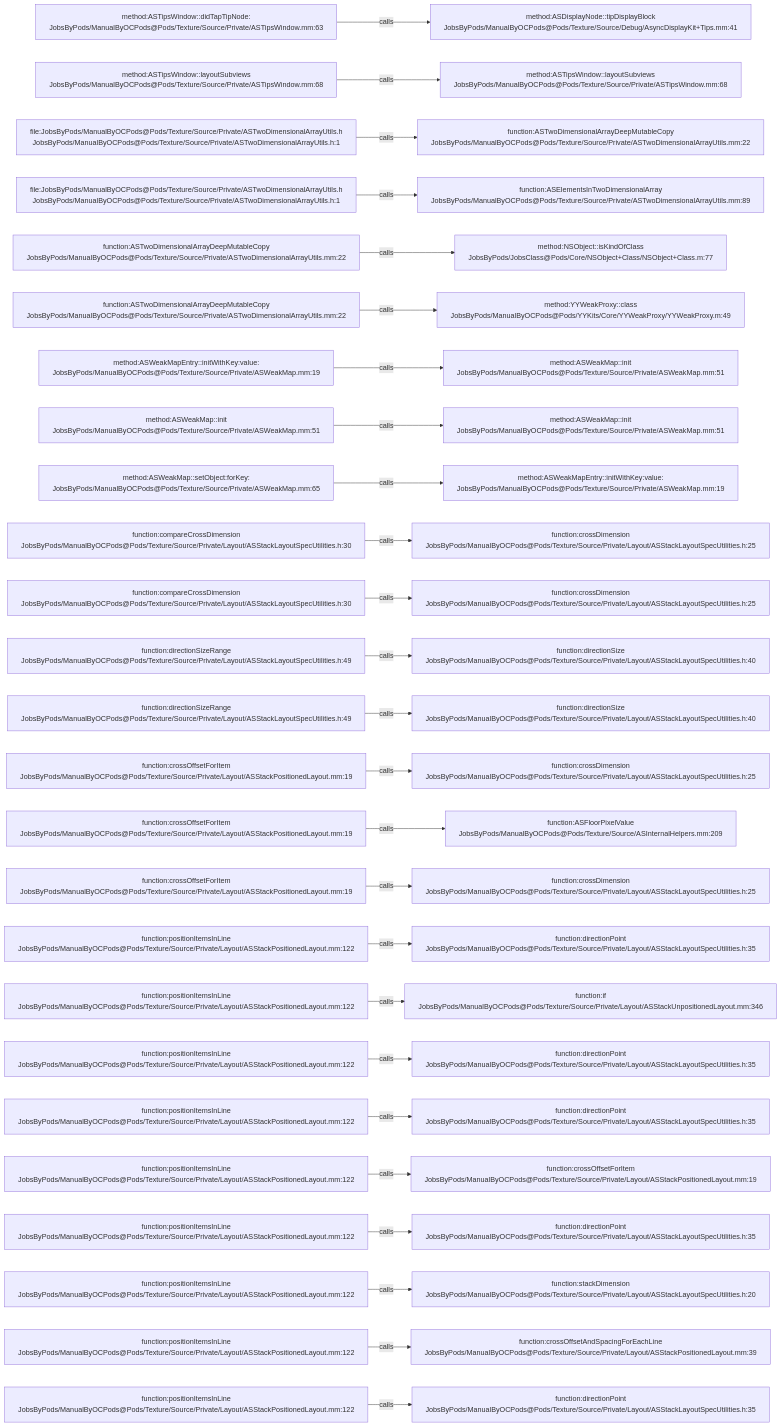
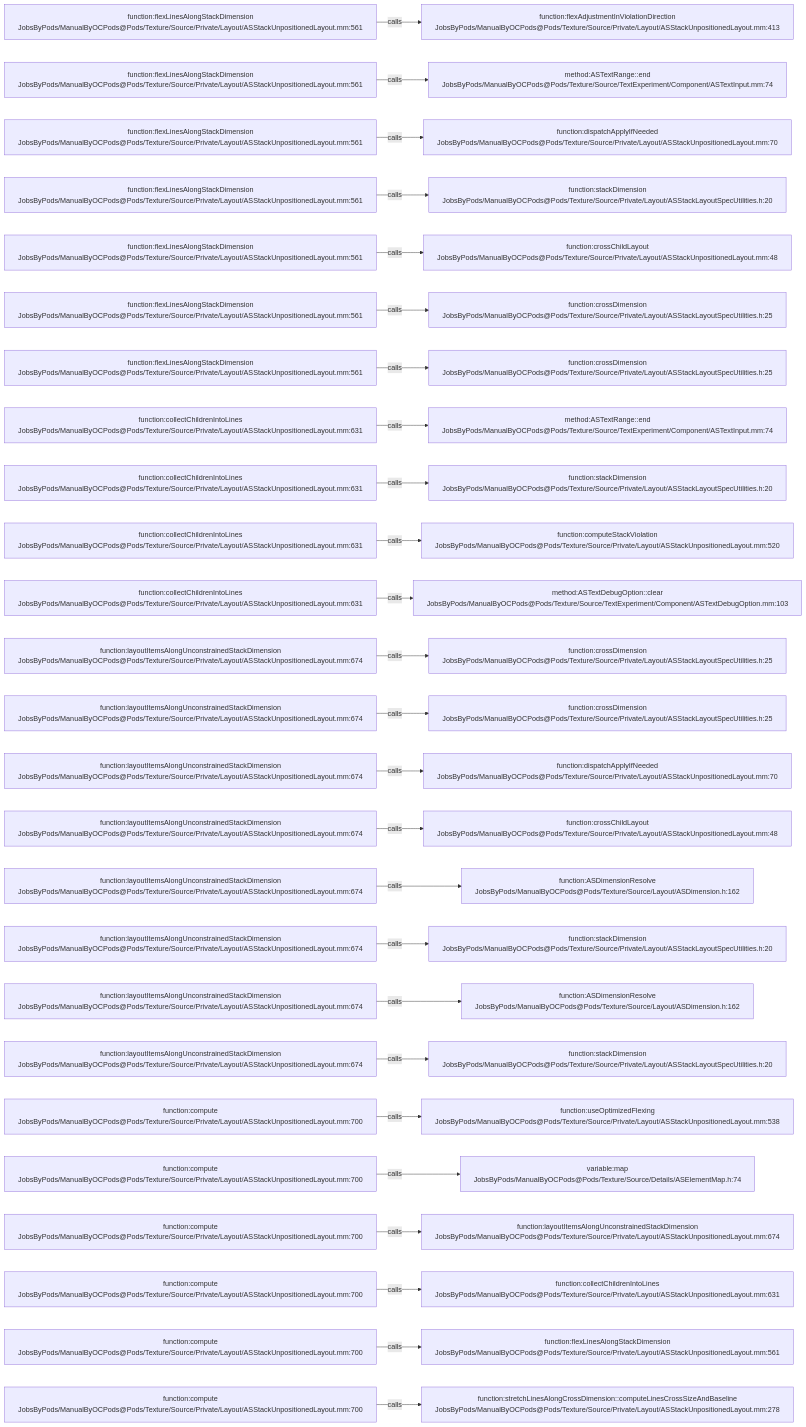
Before and after one commit to JobsKits/JobsOCBaseConfigDemo: the diagram in .codegraph/codegraph.md/graphs/calls-194.md, drawn with Mermaid. The commit also changed 1353 other files, not shown here.

````diff
--- a/.codegraph/codegraph.md/graphs/calls-194.md
+++ b/.codegraph/codegraph.md/graphs/calls-194.md
@@ -13,78 +13,78 @@
 ```mermaid
 flowchart LR
-  S1["method:ASTipsWindow::didTapTipNode:<br/>JobsByPods/ManualByOCPods@Pods/Texture/Source/Private/ASTipsWindow.mm:63"]
-  T1["method:ASDisplayNode::tipDisplayBlock<br/>JobsByPods/ManualByOCPods@Pods/Texture/Source/Debug/AsyncDisplayKit+Tips.mm:41"]
+  S1["function:flexLinesAlongStackDimension<br/>JobsByPods/ManualByOCPods@Pods/Texture/Source/Private/Layout/ASStackUnpositionedLayout.mm:561"]
+  T1["function:flexAdjustmentInViolationDirection<br/>JobsByPods/ManualByOCPods@Pods/Texture/Source/Private/Layout/ASStackUnpositionedLayout.mm:413"]
   S1 -->|calls| T1
-  S2["method:ASTipsWindow::layoutSubviews<br/>JobsByPods/ManualByOCPods@Pods/Texture/Source/Private/ASTipsWindow.mm:68"]
-  T2["method:ASTipsWindow::layoutSubviews<br/>JobsByPods/ManualByOCPods@Pods/Texture/Source/Private/ASTipsWindow.mm:68"]
+  S2["function:flexLinesAlongStackDimension<br/>JobsByPods/ManualByOCPods@Pods/Texture/Source/Private/Layout/ASStackUnpositionedLayout.mm:561"]
+  T2["method:ASTextRange::end<br/>JobsByPods/ManualByOCPods@Pods/Texture/Source/TextExperiment/Component/ASTextInput.mm:74"]
   S2 -->|calls| T2
-  S3["file:JobsByPods/ManualByOCPods@Pods/Texture/Source/Private/ASTwoDimensionalArrayUtils.h<br/>JobsByPods/ManualByOCPods@Pods/Texture/Source/Private/ASTwoDimensionalArrayUtils.h:1"]
-  T3["function:ASTwoDimensionalArrayDeepMutableCopy<br/>JobsByPods/ManualByOCPods@Pods/Texture/Source/Private/ASTwoDimensionalArrayUtils.mm:22"]
+  S3["function:flexLinesAlongStackDimension<br/>JobsByPods/ManualByOCPods@Pods/Texture/Source/Private/Layout/ASStackUnpositionedLayout.mm:561"]
+  T3["function:dispatchApplyIfNeeded<br/>JobsByPods/ManualByOCPods@Pods/Texture/Source/Private/Layout/ASStackUnpositionedLayout.mm:70"]
   S3 -->|calls| T3
-  S4["file:JobsByPods/ManualByOCPods@Pods/Texture/Source/Private/ASTwoDimensionalArrayUtils.h<br/>JobsByPods/ManualByOCPods@Pods/Texture/Source/Private/ASTwoDimensionalArrayUtils.h:1"]
-  T4["function:ASElementsInTwoDimensionalArray<br/>JobsByPods/ManualByOCPods@Pods/Texture/Source/Private/ASTwoDimensionalArrayUtils.mm:89"]
+  S4["function:flexLinesAlongStackDimension<br/>JobsByPods/ManualByOCPods@Pods/Texture/Source/Private/Layout/ASStackUnpositionedLayout.mm:561"]
+  T4["function:stackDimension<br/>JobsByPods/ManualByOCPods@Pods/Texture/Source/Private/Layout/ASStackLayoutSpecUtilities.h:20"]
   S4 -->|calls| T4
-  S5["function:ASTwoDimensionalArrayDeepMutableCopy<br/>JobsByPods/ManualByOCPods@Pods/Texture/Source/Private/ASTwoDimensionalArrayUtils.mm:22"]
-  T5["method:NSObject::isKindOfClass<br/>JobsByPods/JobsClass@Pods/Core/NSObject+Class/NSObject+Class.m:77"]
+  S5["function:flexLinesAlongStackDimension<br/>JobsByPods/ManualByOCPods@Pods/Texture/Source/Private/Layout/ASStackUnpositionedLayout.mm:561"]
+  T5["function:crossChildLayout<br/>JobsByPods/ManualByOCPods@Pods/Texture/Source/Private/Layout/ASStackUnpositionedLayout.mm:48"]
   S5 -->|calls| T5
-  S6["function:ASTwoDimensionalArrayDeepMutableCopy<br/>JobsByPods/ManualByOCPods@Pods/Texture/Source/Private/ASTwoDimensionalArrayUtils.mm:22"]
-  T6["method:YYWeakProxy::class<br/>JobsByPods/ManualByOCPods@Pods/YYKits/Core/YYWeakProxy/YYWeakProxy.m:49"]
+  S6["function:flexLinesAlongStackDimension<br/>JobsByPods/ManualByOCPods@Pods/Texture/Source/Private/Layout/ASStackUnpositionedLayout.mm:561"]
+  T6["function:crossDimension<br/>JobsByPods/ManualByOCPods@Pods/Texture/Source/Private/Layout/ASStackLayoutSpecUtilities.h:25"]
   S6 -->|calls| T6
-  S7["method:ASWeakMapEntry::initWithKey:value:<br/>JobsByPods/ManualByOCPods@Pods/Texture/Source/Private/ASWeakMap.mm:19"]
-  T7["method:ASWeakMap::init<br/>JobsByPods/ManualByOCPods@Pods/Texture/Source/Private/ASWeakMap.mm:51"]
+  S7["function:flexLinesAlongStackDimension<br/>JobsByPods/ManualByOCPods@Pods/Texture/Source/Private/Layout/ASStackUnpositionedLayout.mm:561"]
+  T7["function:crossDimension<br/>JobsByPods/ManualByOCPods@Pods/Texture/Source/Private/Layout/ASStackLayoutSpecUtilities.h:25"]
   S7 -->|calls| T7
-  S8["method:ASWeakMap::init<br/>JobsByPods/ManualByOCPods@Pods/Texture/Source/Private/ASWeakMap.mm:51"]
-  T8["method:ASWeakMap::init<br/>JobsByPods/ManualByOCPods@Pods/Texture/Source/Private/ASWeakMap.mm:51"]
+  S8["function:collectChildrenIntoLines<br/>JobsByPods/ManualByOCPods@Pods/Texture/Source/Private/Layout/ASStackUnpositionedLayout.mm:631"]
+  T8["method:ASTextRange::end<br/>JobsByPods/ManualByOCPods@Pods/Texture/Source/TextExperiment/Component/ASTextInput.mm:74"]
   S8 -->|calls| T8
-  S9["method:ASWeakMap::setObject:forKey:<br/>JobsByPods/ManualByOCPods@Pods/Texture/Source/Private/ASWeakMap.mm:65"]
-  T9["method:ASWeakMapEntry::initWithKey:value:<br/>JobsByPods/ManualByOCPods@Pods/Texture/Source/Private/ASWeakMap.mm:19"]
+  S9["function:collectChildrenIntoLines<br/>JobsByPods/ManualByOCPods@Pods/Texture/Source/Private/Layout/ASStackUnpositionedLayout.mm:631"]
+  T9["function:stackDimension<br/>JobsByPods/ManualByOCPods@Pods/Texture/Source/Private/Layout/ASStackLayoutSpecUtilities.h:20"]
   S9 -->|calls| T9
-  S10["function:compareCrossDimension<br/>JobsByPods/ManualByOCPods@Pods/Texture/Source/Private/Layout/ASStackLayoutSpecUtilities.h:30"]
-  T10["function:crossDimension<br/>JobsByPods/ManualByOCPods@Pods/Texture/Source/Private/Layout/ASStackLayoutSpecUtilities.h:25"]
+  S10["function:collectChildrenIntoLines<br/>JobsByPods/ManualByOCPods@Pods/Texture/Source/Private/Layout/ASStackUnpositionedLayout.mm:631"]
+  T10["function:computeStackViolation<br/>JobsByPods/ManualByOCPods@Pods/Texture/Source/Private/Layout/ASStackUnpositionedLayout.mm:520"]
   S10 -->|calls| T10
-  S11["function:compareCrossDimension<br/>JobsByPods/ManualByOCPods@Pods/Texture/Source/Private/Layout/ASStackLayoutSpecUtilities.h:30"]
-  T11["function:crossDimension<br/>JobsByPods/ManualByOCPods@Pods/Texture/Source/Private/Layout/ASStackLayoutSpecUtilities.h:25"]
+  S11["function:collectChildrenIntoLines<br/>JobsByPods/ManualByOCPods@Pods/Texture/Source/Private/Layout/ASStackUnpositionedLayout.mm:631"]
+  T11["method:ASTextDebugOption::clear<br/>JobsByPods/ManualByOCPods@Pods/Texture/Source/TextExperiment/Component/ASTextDebugOption.mm:103"]
   S11 -->|calls| T11
-  S12["function:directionSizeRange<br/>JobsByPods/ManualByOCPods@Pods/Texture/Source/Private/Layout/ASStackLayoutSpecUtilities.h:49"]
-  T12["function:directionSize<br/>JobsByPods/ManualByOCPods@Pods/Texture/Source/Private/Layout/ASStackLayoutSpecUtilities.h:40"]
+  S12["function:layoutItemsAlongUnconstrainedStackDimension<br/>JobsByPods/ManualByOCPods@Pods/Texture/Source/Private/Layout/ASStackUnpositionedLayout.mm:674"]
+  T12["function:crossDimension<br/>JobsByPods/ManualByOCPods@Pods/Texture/Source/Private/Layout/ASStackLayoutSpecUtilities.h:25"]
   S12 -->|calls| T12
-  S13["function:directionSizeRange<br/>JobsByPods/ManualByOCPods@Pods/Texture/Source/Private/Layout/ASStackLayoutSpecUtilities.h:49"]
-  T13["function:directionSize<br/>JobsByPods/ManualByOCPods@Pods/Texture/Source/Private/Layout/ASStackLayoutSpecUtilities.h:40"]
+  S13["function:layoutItemsAlongUnconstrainedStackDimension<br/>JobsByPods/ManualByOCPods@Pods/Texture/Source/Private/Layout/ASStackUnpositionedLayout.mm:674"]
+  T13["function:crossDimension<br/>JobsByPods/ManualByOCPods@Pods/Texture/Source/Private/Layout/ASStackLayoutSpecUtilities.h:25"]
   S13 -->|calls| T13
-  S14["function:crossOffsetForItem<br/>JobsByPods/ManualByOCPods@Pods/Texture/Source/Private/Layout/ASStackPositionedLayout.mm:19"]
-  T14["function:crossDimension<br/>JobsByPods/ManualByOCPods@Pods/Texture/Source/Private/Layout/ASStackLayoutSpecUtilities.h:25"]
+  S14["function:layoutItemsAlongUnconstrainedStackDimension<br/>JobsByPods/ManualByOCPods@Pods/Texture/Source/Private/Layout/ASStackUnpositionedLayout.mm:674"]
+  T14["function:dispatchApplyIfNeeded<br/>JobsByPods/ManualByOCPods@Pods/Texture/Source/Private/Layout/ASStackUnpositionedLayout.mm:70"]
   S14 -->|calls| T14
-  S15["function:crossOffsetForItem<br/>JobsByPods/ManualByOCPods@Pods/Texture/Source/Private/Layout/ASStackPositionedLayout.mm:19"]
-  T15["function:ASFloorPixelValue<br/>JobsByPods/ManualByOCPods@Pods/Texture/Source/ASInternalHelpers.mm:209"]
+  S15["function:layoutItemsAlongUnconstrainedStackDimension<br/>JobsByPods/ManualByOCPods@Pods/Texture/Source/Private/Layout/ASStackUnpositionedLayout.mm:674"]
+  T15["function:crossChildLayout<br/>JobsByPods/ManualByOCPods@Pods/Texture/Source/Private/Layout/ASStackUnpositionedLayout.mm:48"]
   S15 -->|calls| T15
-  S16["function:crossOffsetForItem<br/>JobsByPods/ManualByOCPods@Pods/Texture/Source/Private/Layout/ASStackPositionedLayout.mm:19"]
-  T16["function:crossDimension<br/>JobsByPods/ManualByOCPods@Pods/Texture/Source/Private/Layout/ASStackLayoutSpecUtilities.h:25"]
+  S16["function:layoutItemsAlongUnconstrainedStackDimension<br/>JobsByPods/ManualByOCPods@Pods/Texture/Source/Private/Layout/ASStackUnpositionedLayout.mm:674"]
+  T16["function:ASDimensionResolve<br/>JobsByPods/ManualByOCPods@Pods/Texture/Source/Layout/ASDimension.h:162"]
   S16 -->|calls| T16
-  S17["function:positionItemsInLine<br/>JobsByPods/ManualByOCPods@Pods/Texture/Source/Private/Layout/ASStackPositionedLayout.mm:122"]
-  T17["function:directionPoint<br/>JobsByPods/ManualByOCPods@Pods/Texture/Source/Private/Layout/ASStackLayoutSpecUtilities.h:35"]
+  S17["function:layoutItemsAlongUnconstrainedStackDimension<br/>JobsByPods/ManualByOCPods@Pods/Texture/Source/Private/Layout/ASStackUnpositionedLayout.mm:674"]
+  T17["function:stackDimension<br/>JobsByPods/ManualByOCPods@Pods/Texture/Source/Private/Layout/ASStackLayoutSpecUtilities.h:20"]
   S17 -->|calls| T17
-  S18["function:positionItemsInLine<br/>JobsByPods/ManualByOCPods@Pods/Texture/Source/Private/Layout/ASStackPositionedLayout.mm:122"]
-  T18["function:if<br/>JobsByPods/ManualByOCPods@Pods/Texture/Source/Private/Layout/ASStackUnpositionedLayout.mm:346"]
+  S18["function:layoutItemsAlongUnconstrainedStackDimension<br/>JobsByPods/ManualByOCPods@Pods/Texture/Source/Private/Layout/ASStackUnpositionedLayout.mm:674"]
+  T18["function:ASDimensionResolve<br/>JobsByPods/ManualByOCPods@Pods/Texture/Source/Layout/ASDimension.h:162"]
   S18 -->|calls| T18
-  S19["function:positionItemsInLine<br/>JobsByPods/ManualByOCPods@Pods/Texture/Source/Private/Layout/ASStackPositionedLayout.mm:122"]
-  T19["function:directionPoint<br/>JobsByPods/ManualByOCPods@Pods/Texture/Source/Private/Layout/ASStackLayoutSpecUtilities.h:35"]
+  S19["function:layoutItemsAlongUnconstrainedStackDimension<br/>JobsByPods/ManualByOCPods@Pods/Texture/Source/Private/Layout/ASStackUnpositionedLayout.mm:674"]
+  T19["function:stackDimension<br/>JobsByPods/ManualByOCPods@Pods/Texture/Source/Private/Layout/ASStackLayoutSpecUtilities.h:20"]
   S19 -->|calls| T19
-  S20["function:positionItemsInLine<br/>JobsByPods/ManualByOCPods@Pods/Texture/Source/Private/Layout/ASStackPositionedLayout.mm:122"]
-  T20["function:directionPoint<br/>JobsByPods/ManualByOCPods@Pods/Texture/Source/Private/Layout/ASStackLayoutSpecUtilities.h:35"]
+  S20["function:compute<br/>JobsByPods/ManualByOCPods@Pods/Texture/Source/Private/Layout/ASStackUnpositionedLayout.mm:700"]
+  T20["function:useOptimizedFlexing<br/>JobsByPods/ManualByOCPods@Pods/Texture/Source/Private/Layout/ASStackUnpositionedLayout.mm:538"]
   S20 -->|calls| T20
-  S21["function:positionItemsInLine<br/>JobsByPods/ManualByOCPods@Pods/Texture/Source/Private/Layout/ASStackPositionedLayout.mm:122"]
-  T21["function:crossOffsetForItem<br/>JobsByPods/ManualByOCPods@Pods/Texture/Source/Private/Layout/ASStackPositionedLayout.mm:19"]
+  S21["function:compute<br/>JobsByPods/ManualByOCPods@Pods/Texture/Source/Private/Layout/ASStackUnpositionedLayout.mm:700"]
+  T21["variable:map<br/>JobsByPods/ManualByOCPods@Pods/Texture/Source/Details/ASElementMap.h:74"]
   S21 -->|calls| T21
-  S22["function:positionItemsInLine<br/>JobsByPods/ManualByOCPods@Pods/Texture/Source/Private/Layout/ASStackPositionedLayout.mm:122"]
-  T22["function:directionPoint<br/>JobsByPods/ManualByOCPods@Pods/Texture/Source/Private/Layout/ASStackLayoutSpecUtilities.h:35"]
+  S22["function:compute<br/>JobsByPods/ManualByOCPods@Pods/Texture/Source/Private/Layout/ASStackUnpositionedLayout.mm:700"]
+  T22["function:layoutItemsAlongUnconstrainedStackDimension<br/>JobsByPods/ManualByOCPods@Pods/Texture/Source/Private/Layout/ASStackUnpositionedLayout.mm:674"]
   S22 -->|calls| T22
-  S23["function:positionItemsInLine<br/>JobsByPods/ManualByOCPods@Pods/Texture/Source/Private/Layout/ASStackPositionedLayout.mm:122"]
-  T23["function:stackDimension<br/>JobsByPods/ManualByOCPods@Pods/Texture/Source/Private/Layout/ASStackLayoutSpecUtilities.h:20"]
+  S23["function:compute<br/>JobsByPods/ManualByOCPods@Pods/Texture/Source/Private/Layout/ASStackUnpositionedLayout.mm:700"]
+  T23["function:collectChildrenIntoLines<br/>JobsByPods/ManualByOCPods@Pods/Texture/Source/Private/Layout/ASStackUnpositionedLayout.mm:631"]
   S23 -->|calls| T23
-  S24["function:positionItemsInLine<br/>JobsByPods/ManualByOCPods@Pods/Texture/Source/Private/Layout/ASStackPositionedLayout.mm:122"]
-  T24["function:crossOffsetAndSpacingForEachLine<br/>JobsByPods/ManualByOCPods@Pods/Texture/Source/Private/Layout/ASStackPositionedLayout.mm:39"]
+  S24["function:compute<br/>JobsByPods/ManualByOCPods@Pods/Texture/Source/Private/Layout/ASStackUnpositionedLayout.mm:700"]
+  T24["function:flexLinesAlongStackDimension<br/>JobsByPods/ManualByOCPods@Pods/Texture/Source/Private/Layout/ASStackUnpositionedLayout.mm:561"]
   S24 -->|calls| T24
-  S25["function:positionItemsInLine<br/>JobsByPods/ManualByOCPods@Pods/Texture/Source/Private/Layout/ASStackPositionedLayout.mm:122"]
-  T25["function:directionPoint<br/>JobsByPods/ManualByOCPods@Pods/Texture/Source/Private/Layout/ASStackLayoutSpecUtilities.h:35"]
+  S25["function:compute<br/>JobsByPods/ManualByOCPods@Pods/Texture/Source/Private/Layout/ASStackUnpositionedLayout.mm:700"]
+  T25["function:stretchLinesAlongCrossDimension::computeLinesCrossSizeAndBaseline<br/>JobsByPods/ManualByOCPods@Pods/Texture/Source/Private/Layout/ASStackUnpositionedLayout.mm:278"]
   S25 -->|calls| T25
 ```
````
